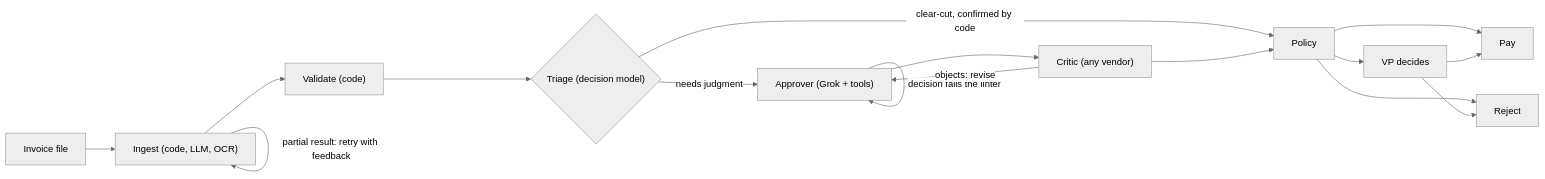
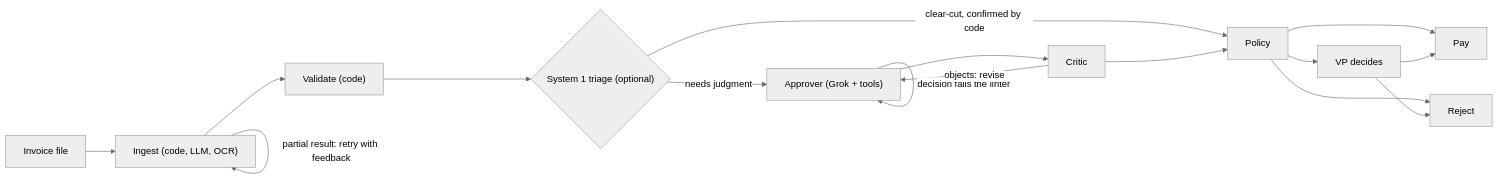
Before and after one commit to yarikama/acme-invoice-agents: the diagram in README.md, drawn with Mermaid (neutral theme). The commit also changed other lines of this file and 2 other files, not shown here.

````diff
--- a/README.md
+++ b/README.md
@@ -45,16 +104,16 @@
 ```mermaid
 flowchart LR
   F[Invoice file] --> I["Ingest (code, LLM, OCR)"]
   I -- "partial result: retry with feedback" --> I
   I --> V["Validate (code)"]
-  V --> T{"Triage (decision model)"}
+  V --> T{"System 1 triage (optional)"}
   T -- "clear-cut, confirmed by code" --> D[Policy]
   T -- "needs judgment" --> A["Approver (Grok + tools)"]
   A -- "decision fails the linter" --> A
-  A --> C["Critic (any vendor)"]
+  A --> C["Critic"]
   C -- "objects: revise" --> A
   C --> D
   D --> P[Pay]
   D --> R[Reject]
   D --> H[VP decides] --> P & R
 ```
````
